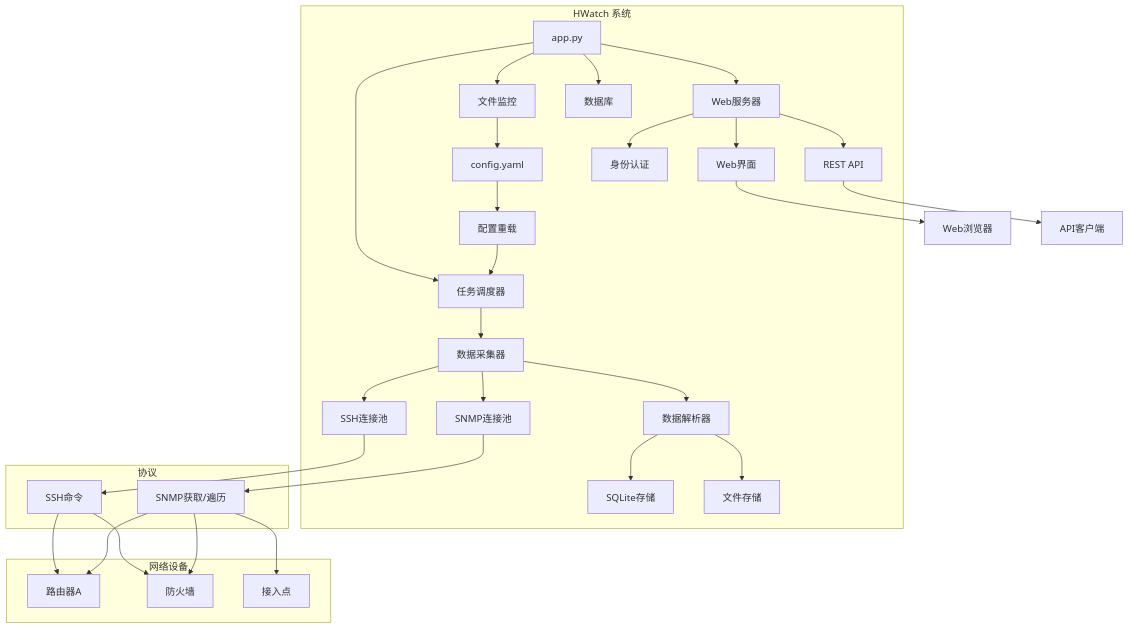
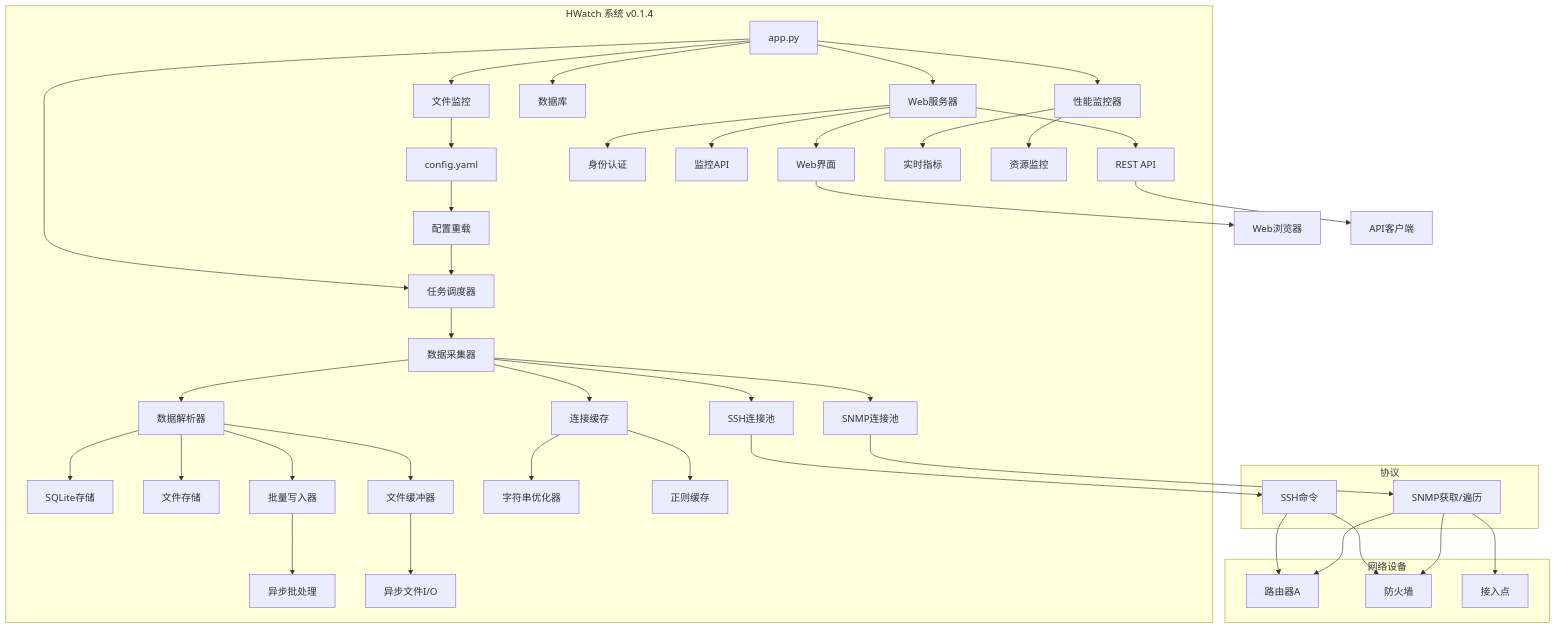
The first of 15 diagrams in README_CN.md (GmoneyLtd/hwatch), drawn with Mermaid before and after one commit. The commit also changed other lines of this file and 1 other file, not shown here.

````diff
--- a/README_CN.md
+++ b/README_CN.md
@@ -12,47 +81,61 @@
 ```mermaid
 graph TB
-    subgraph "HWatch 系统"
+    subgraph "HWatch 系统 v0.1.4"
         A[app.py] --> B[任务调度器]
         A --> C[Web服务器]
         A --> D[文件监控]
         A --> E[数据库]
+        A --> F1[性能监控器]
         
         B --> F[数据采集器]
         F --> G[SSH连接池]
         F --> H[SNMP连接池]
+        F --> I1[连接缓存]
         
         C --> I[Web界面]
         C --> J[REST API]
         C --> K[身份认证]
+        C --> J1[监控API]
         
         D --> L[config.yaml]
         L --> M[配置重载]
         M --> B
         
         F --> N[数据解析器]
         N --> O[SQLite存储]
         N --> P[文件存储]
+        N --> P1[批量写入器]
+        N --> P2[文件缓冲器]
+        
+        F1 --> Q1[实时指标]
+        F1 --> Q2[资源监控]
+        
+        I1 --> R1[字符串优化器]
+        I1 --> R2[正则缓存]
+        
+        P1 --> S1[异步批处理]
+        P2 --> S2[异步文件I/O]
     end
     
     subgraph "网络设备"
         Q[路由器A]
         R[防火墙]
         S[接入点]
     end
     
     subgraph "协议"
         T[SSH命令]
         U[SNMP获取/遍历]
     end
     
     G --> T
     H --> U
     T --> Q
     T --> R
     U --> Q
     U --> R
     U --> S
     
     I --> V[Web浏览器]
     J --> W[API客户端]
 ```
````
